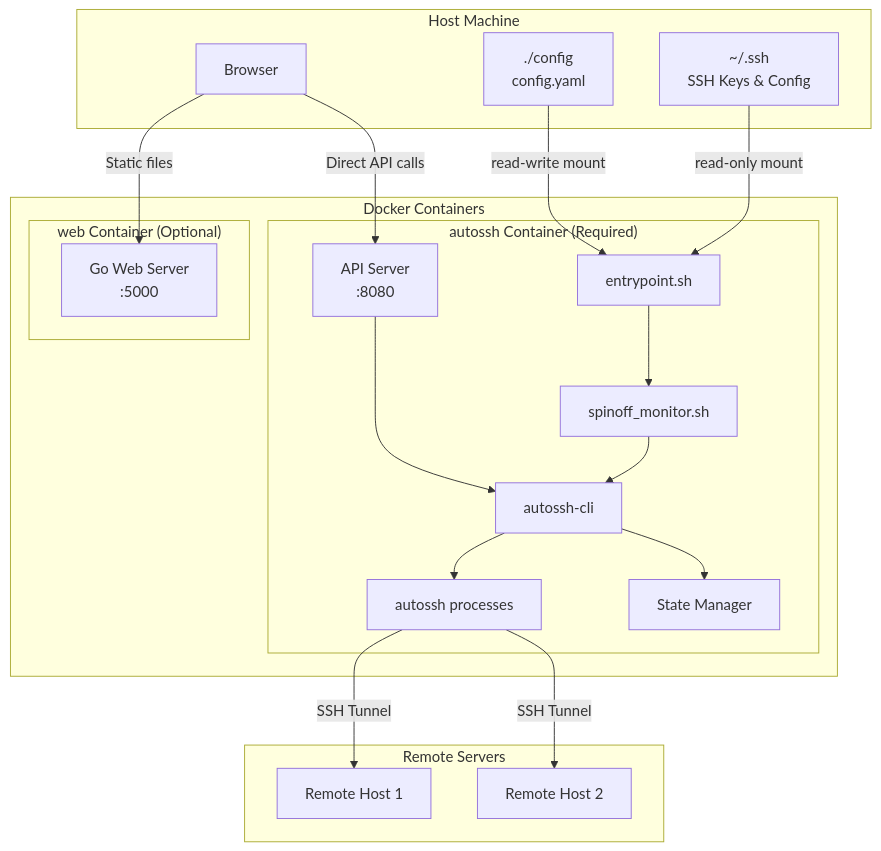
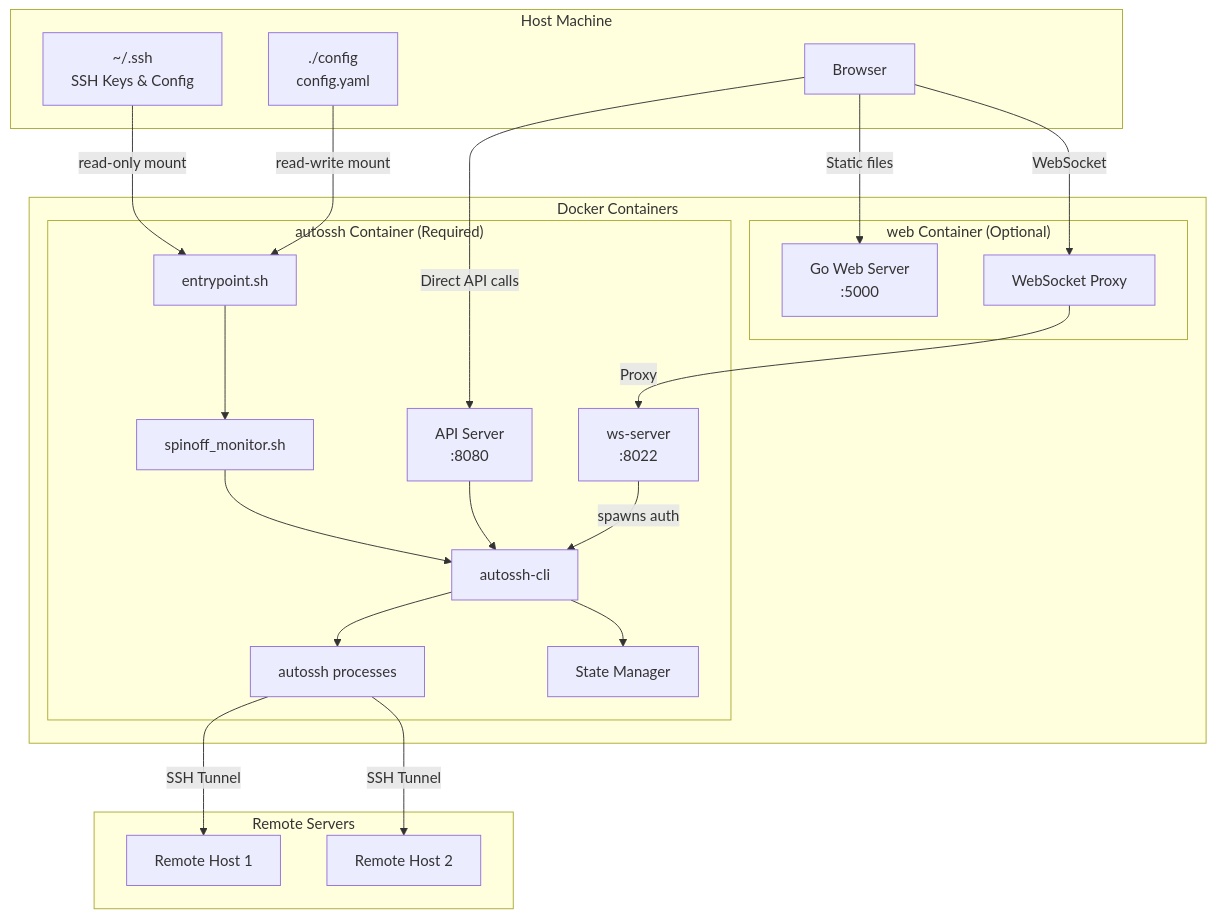
One commit to Oaklight/autossh-tunnel-dockerized changed the first of 3 diagrams in docs/architecture.md. Above: the diagram before and after it, drawn with Mermaid. The commit also changed other lines of this file and 15 other files, not shown here.

````diff
--- a/docs/architecture.md
+++ b/docs/architecture.md
@@ -15,43 +15,48 @@
 ```mermaid
 graph TB
     subgraph "Host Machine"
         SSH[~/.ssh<br/>SSH Keys & Config]
         CONFIG[./config<br/>config.yaml]
         BROWSER[Browser]
     end
-    
+
     subgraph "Docker Containers"
         subgraph "autossh Container (Required)"
             ENTRY[entrypoint.sh]
             MONITOR[spinoff_monitor.sh]
             CLI[autossh-cli]
             API[API Server<br/>:8080]
+            WSSERVER[ws-server<br/>:8022]
             AUTOSSH[autossh processes]
             STATE[State Manager]
         end
-        
+
         subgraph "web Container (Optional)"
             WEBSERVER[Go Web Server<br/>:5000]
+            WSPPROXY[WebSocket Proxy]
         end
     end
-    
+
     subgraph "Remote Servers"
         REMOTE1[Remote Host 1]
         REMOTE2[Remote Host 2]
     end
-    
+
     SSH -->|read-only mount| ENTRY
     CONFIG -->|read-write mount| ENTRY
     BROWSER -->|Static files| WEBSERVER
-    
+
     ENTRY --> MONITOR
     MONITOR --> CLI
     CLI --> STATE
     CLI --> AUTOSSH
     API --> CLI
-    
+    WSSERVER -->|spawns auth| CLI
+
     BROWSER -->|Direct API calls| API
-    
+    BROWSER -->|WebSocket| WSPPROXY
+    WSPPROXY -->|Proxy| WSSERVER
+
     AUTOSSH -->|SSH Tunnel| REMOTE1
     AUTOSSH -->|SSH Tunnel| REMOTE2
 ```
````
